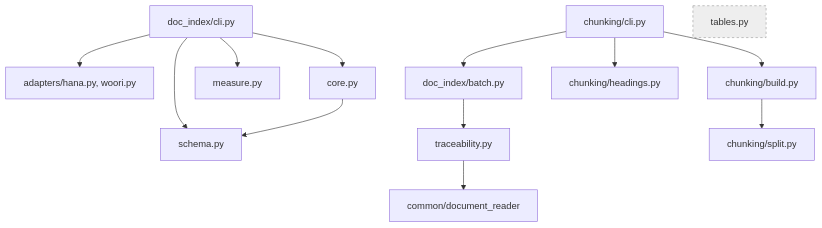
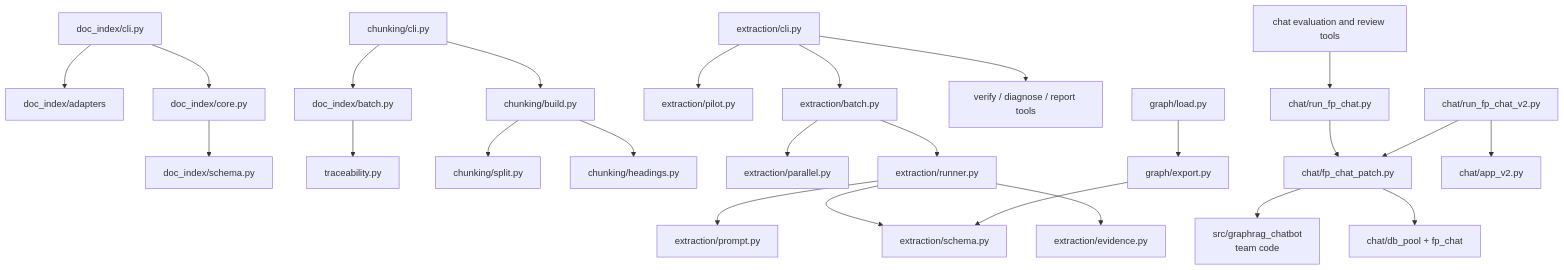
The second of 2 diagrams in src/card_benefit/payment_card/file_pipeline/README.md (encore-ai-campus/mle-02-p2-team3), drawn with Mermaid before and after one commit. The commit also changed other lines of this file and 7 other files, not shown here.

First line of the commit message:
file_pipeline: 폴더 지도 갱신(README), chat·extraction 설명서 신설, 파일럿 기록을 extraction 아래로 이동

````diff
--- a/src/card_benefit/payment_card/file_pipeline/README.md
+++ b/src/card_benefit/payment_card/file_pipeline/README.md
@@ -192,16 +144,27 @@
 ```mermaid
 flowchart TD
-    CLI[doc_index/cli.py] --> AD[adapters/hana.py, woori.py]
-    CLI --> CORE[core.py]
-    CLI --> MEA[measure.py]
-    CLI --> SCH[schema.py]
-    CORE --> SCH
-    BATCH[doc_index/batch.py] --> TR[traceability.py]
+    DI[doc_index/cli.py] --> AD[doc_index/adapters]
+    DI --> CORE[doc_index/core.py]
+    CORE --> SCH[doc_index/schema.py]
+    BATCH[doc_index/batch.py] --> TRACE[traceability.py]
     CK[chunking/cli.py] --> BATCH
-    CK --> BLD[chunking/build.py]
-    CK --> HD[chunking/headings.py]
-    BLD --> SPL[chunking/split.py]
-    TR --> DR[common/document_reader]
-    TAB[tables.py]:::loose
-    classDef loose fill:#eee,stroke:#999,stroke-dasharray: 4
+    CK --> BUILD[chunking/build.py]
+    BUILD --> SPLIT[chunking/split.py]
+    BUILD --> HEAD[chunking/headings.py]
+    ECLI[extraction/cli.py] --> PILOT[extraction/pilot.py]
+    ECLI --> BATCHX[extraction/batch.py]
+    BATCHX --> PAR[extraction/parallel.py]
+    BATCHX --> RUN[extraction/runner.py]
+    RUN --> PROMPT[extraction/prompt.py]
+    RUN --> ES[extraction/schema.py]
+    RUN --> EVID[extraction/evidence.py]
+    ECLI --> CHECK[verify / diagnose / report tools]
+    EX[graph/export.py] --> ES
+    LOAD[graph/load.py] --> EX
+    CHAT[chat/run_fp_chat.py] --> PATCH[chat/fp_chat_patch.py]
+    CHAT2[chat/run_fp_chat_v2.py] --> UI[chat/app_v2.py]
+    CHAT2 --> PATCH
+    PATCH --> TEAM[src/graphrag_chatbot<br/>team code]
+    PATCH --> DB[chat/db_pool + fp_chat]
+    EVAL[chat evaluation and review tools] --> CHAT
 ```
````
